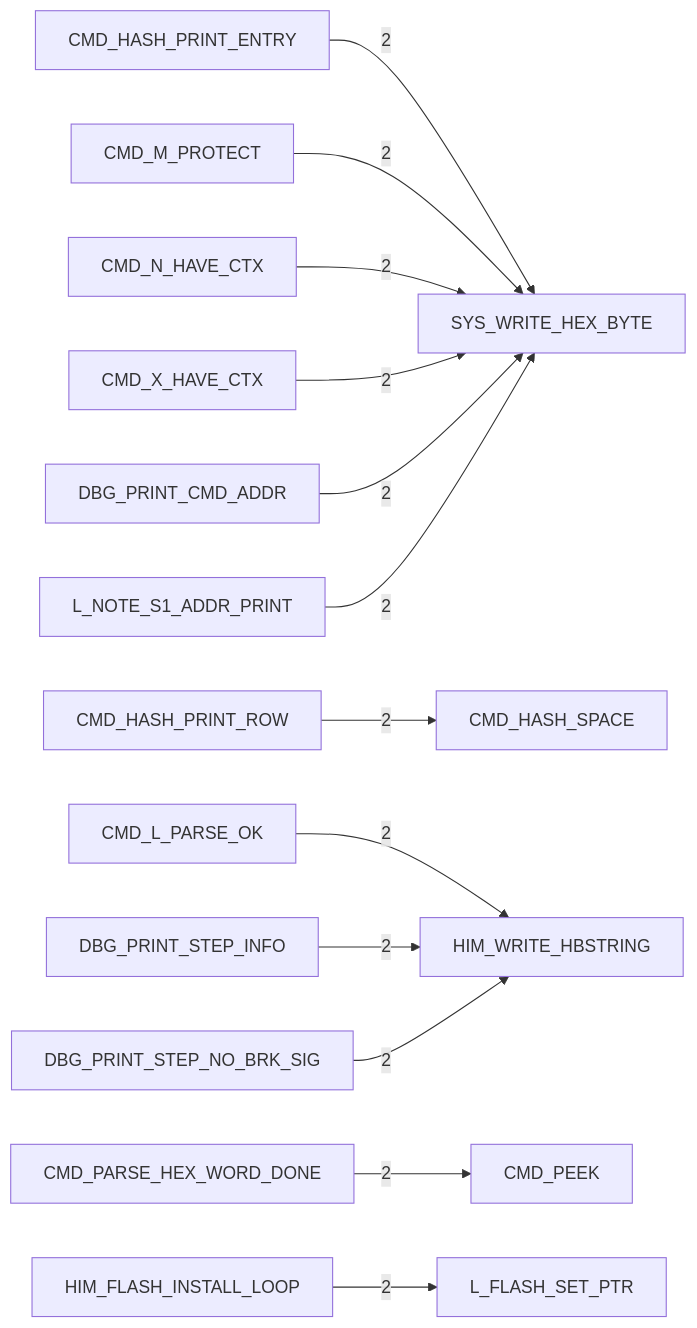
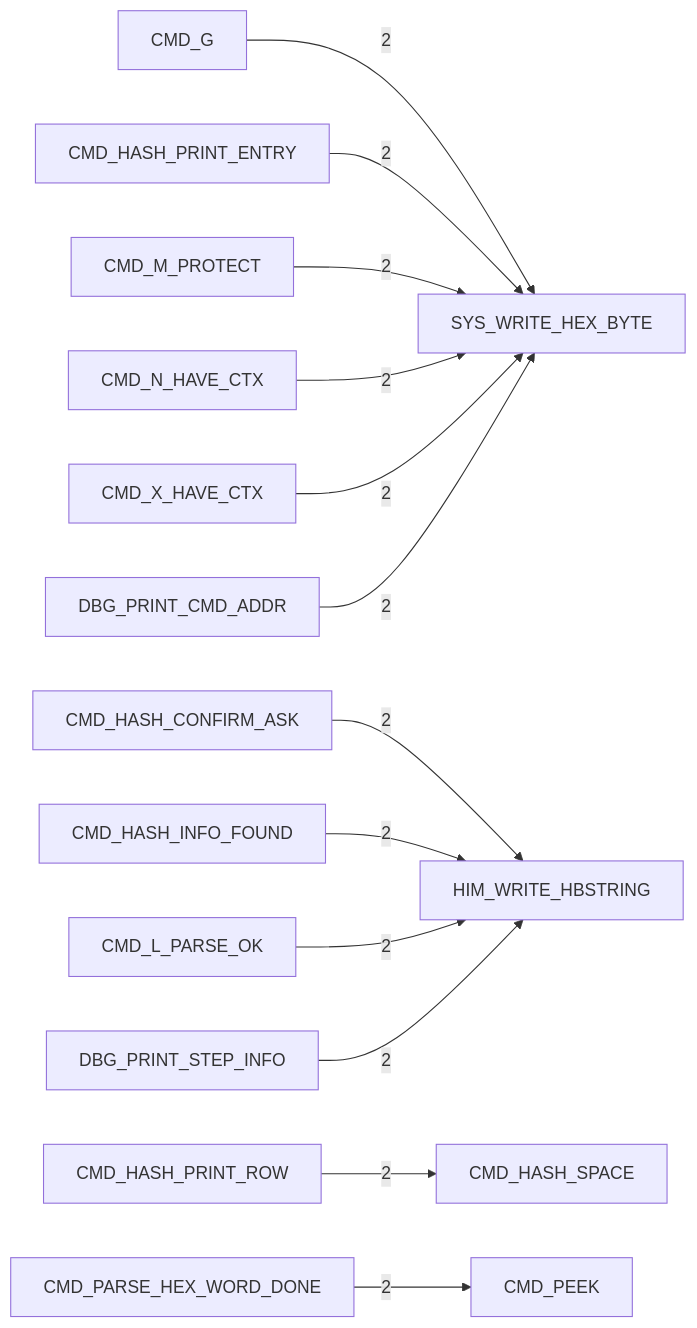
Before and after one commit to 95westus/R-YORS: the fourth of 6 diagrams in DOC/GENERATED/HIMON_COMMAND_MAP.md, drawn with Mermaid. The commit also changed other lines of this file and 25 other files, not shown here.

````diff
--- a/DOC/GENERATED/HIMON_COMMAND_MAP.md
+++ b/DOC/GENERATED/HIMON_COMMAND_MAP.md
@@ -60,15 +60,15 @@
 ```mermaid
 flowchart LR
+    N_CMD_G[CMD_G] -->|2| N_SYS_WRITE_HEX_BYTE[SYS_WRITE_HEX_BYTE]
+    N_CMD_HASH_CONFIRM_ASK[CMD_HASH_CONFIRM_ASK] -->|2| N_HIM_WRITE_HBSTRING[HIM_WRITE_HBSTRING]
+    N_CMD_HASH_INFO_FOUND[CMD_HASH_INFO_FOUND] -->|2| N_HIM_WRITE_HBSTRING[HIM_WRITE_HBSTRING]
     N_CMD_HASH_PRINT_ENTRY[CMD_HASH_PRINT_ENTRY] -->|2| N_SYS_WRITE_HEX_BYTE[SYS_WRITE_HEX_BYTE]
     N_CMD_HASH_PRINT_ROW[CMD_HASH_PRINT_ROW] -->|2| N_CMD_HASH_SPACE[CMD_HASH_SPACE]
     N_CMD_L_PARSE_OK[CMD_L_PARSE_OK] -->|2| N_HIM_WRITE_HBSTRING[HIM_WRITE_HBSTRING]
     N_CMD_M_PROTECT[CMD_M_PROTECT] -->|2| N_SYS_WRITE_HEX_BYTE[SYS_WRITE_HEX_BYTE]
     N_CMD_N_HAVE_CTX[CMD_N_HAVE_CTX] -->|2| N_SYS_WRITE_HEX_BYTE[SYS_WRITE_HEX_BYTE]
     N_CMD_PARSE_HEX_WORD_DONE[CMD_PARSE_HEX_WORD_DONE] -->|2| N_CMD_PEEK[CMD_PEEK]
     N_CMD_X_HAVE_CTX[CMD_X_HAVE_CTX] -->|2| N_SYS_WRITE_HEX_BYTE[SYS_WRITE_HEX_BYTE]
     N_DBG_PRINT_CMD_ADDR[DBG_PRINT_CMD_ADDR] -->|2| N_SYS_WRITE_HEX_BYTE[SYS_WRITE_HEX_BYTE]
     N_DBG_PRINT_STEP_INFO[DBG_PRINT_STEP_INFO] -->|2| N_HIM_WRITE_HBSTRING[HIM_WRITE_HBSTRING]
-    N_DBG_PRINT_STEP_NO_BRK_SIG[DBG_PRINT_STEP_NO_BRK_SIG] -->|2| N_HIM_WRITE_HBSTRING[HIM_WRITE_HBSTRING]
-    N_HIM_FLASH_INSTALL_LOOP[HIM_FLASH_INSTALL_LOOP] -->|2| N_L_FLASH_SET_PTR[L_FLASH_SET_PTR]
-    N_L_NOTE_S1_ADDR_PRINT[L_NOTE_S1_ADDR_PRINT] -->|2| N_SYS_WRITE_HEX_BYTE[SYS_WRITE_HEX_BYTE]
 ```
````
